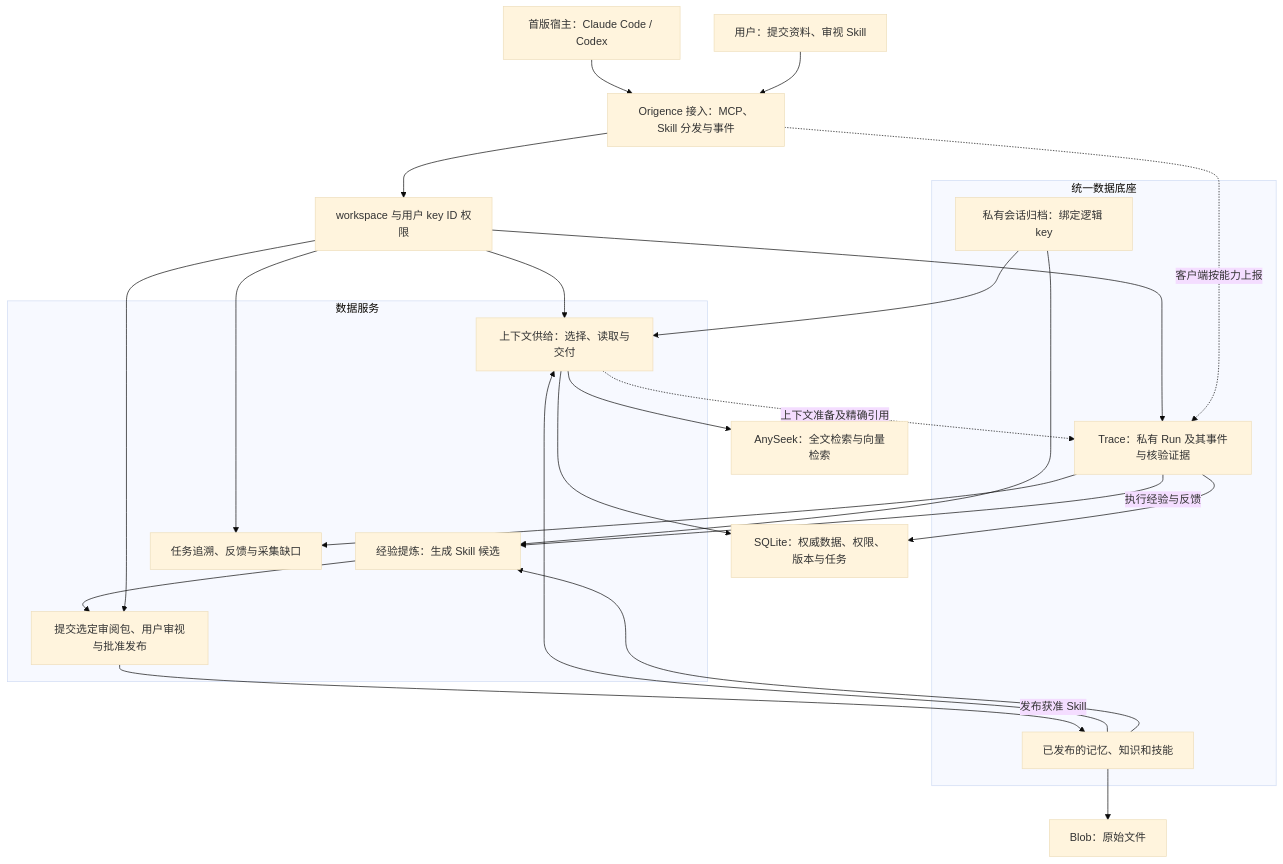
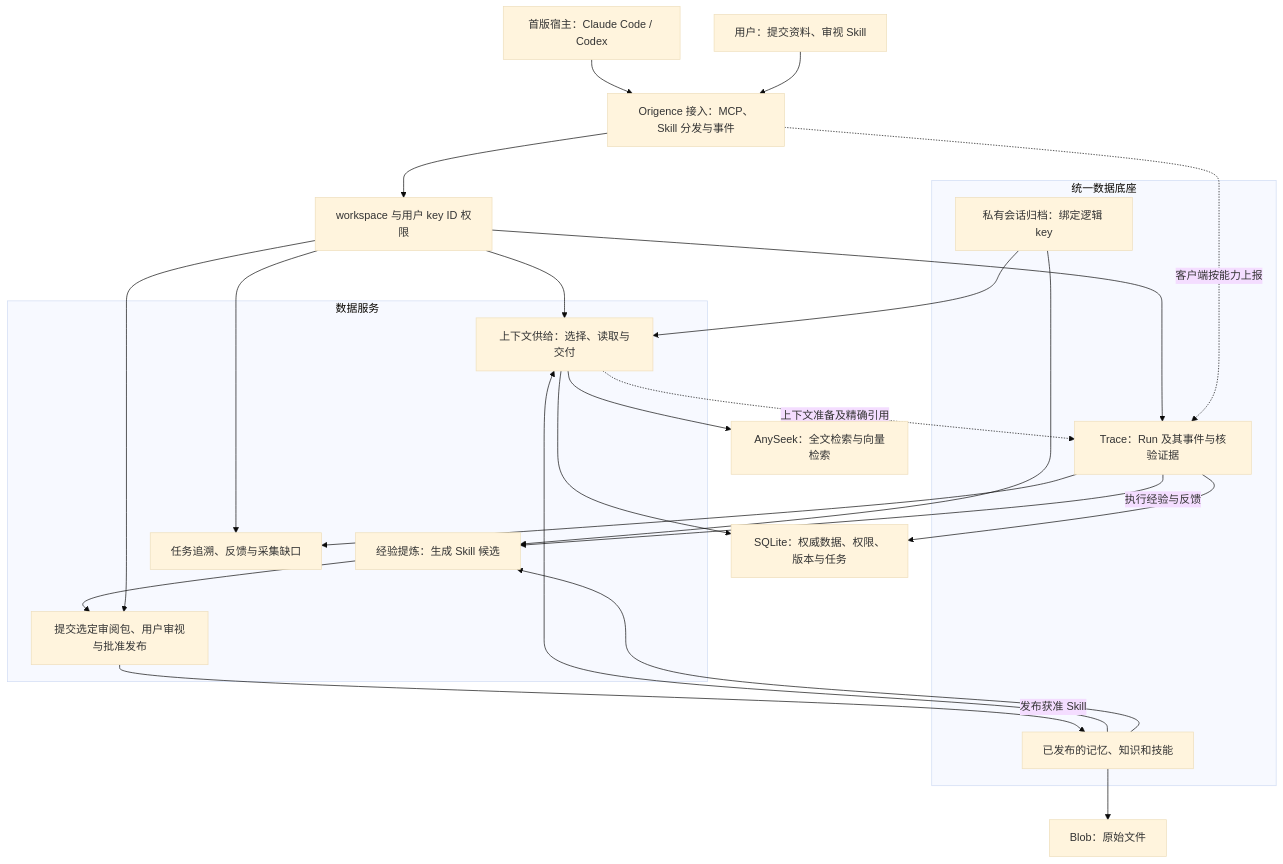
One commit to TheLudlows/Origence changed the first of 2 diagrams in docs/design/agent-data-foundation.md. Above: the diagram before and after it, drawn with Mermaid (base theme). The commit also changed other lines of this file and 28 other files, not shown here.

````diff
--- a/docs/design/agent-data-foundation.md
+++ b/docs/design/agent-data-foundation.md
@@ -23,35 +23,35 @@
 ```mermaid
 flowchart TB
     CLIENT[首版宿主：Claude Code / Codex] --> ACCESS[Origence 接入：MCP、Skill 分发与事件]
     USER[用户：提交资料、审视 Skill] --> ACCESS
     ACCESS --> AUTH[workspace 与用户 key ID 权限]
     subgraph DATA[统一数据底座]
         PRIVATE[私有会话归档：绑定逻辑 key]
         PUBLISHED[已发布的记忆、知识和技能]
-        RUN[Trace：私有 Run 及其事件与核验证据]
+        RUN[Trace：Run 及其事件与核验证据]
     end
     subgraph SERVICES[数据服务]
         SERVE[上下文供给：选择、读取与交付]
         LEARN[经验提炼：生成 Skill 候选]
         REVIEW[提交选定审阅包、用户审视与批准发布]
         VIEW[任务追溯、反馈与采集缺口]
     end
     PUBLISHED --> SERVE
     PUBLISHED --> LEARN
     PRIVATE --> SERVE
     PRIVATE --> LEARN
     LEARN --> REVIEW
     REVIEW -->|发布获准 Skill| PUBLISHED
     AUTH --> SERVE
     AUTH --> REVIEW
     AUTH --> RUN
     AUTH --> VIEW
     RUN --> VIEW
     SERVE --> SEARCH[AnySeek：全文检索与向量检索]
     SERVE --> STORE[SQLite：权威数据、权限、版本与任务]
     PUBLISHED --> BLOB[Blob：原始文件]
     SERVE -. 上下文准备及精确引用 .-> RUN
     ACCESS -. 客户端按能力上报 .-> RUN
     RUN -->|执行经验与反馈| LEARN
     RUN --> STORE
 ```
````
